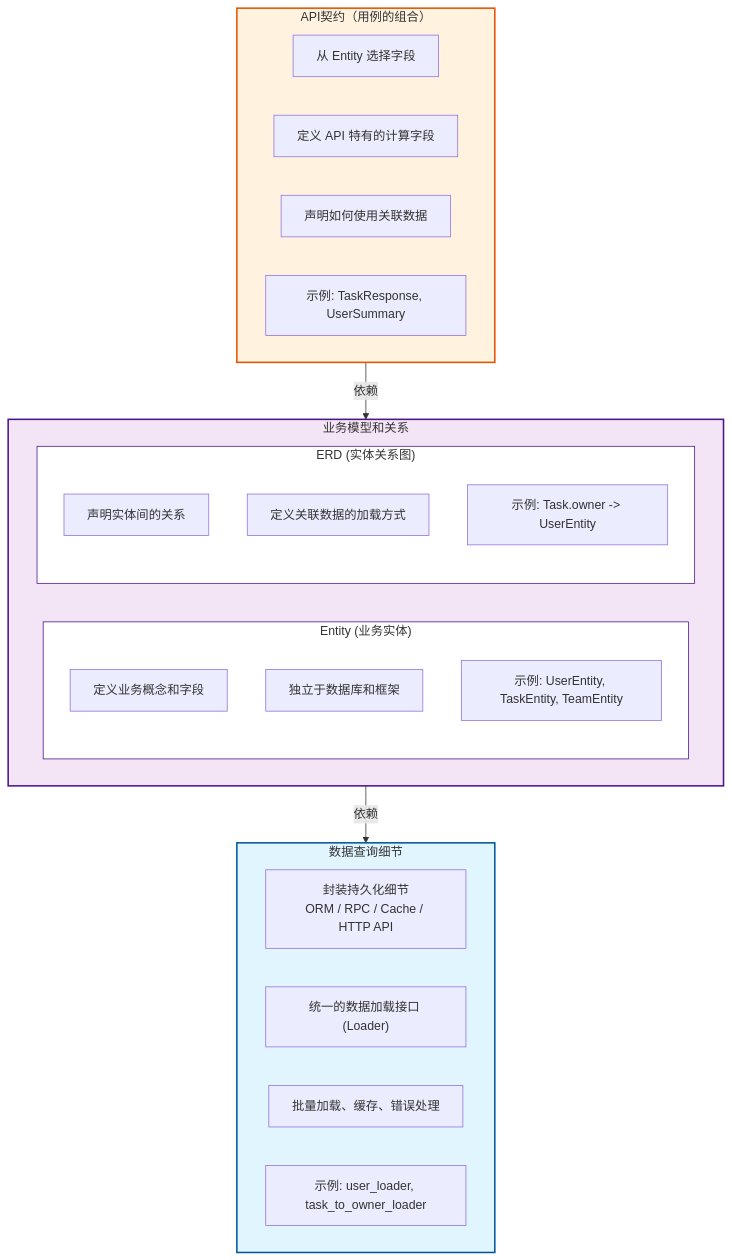
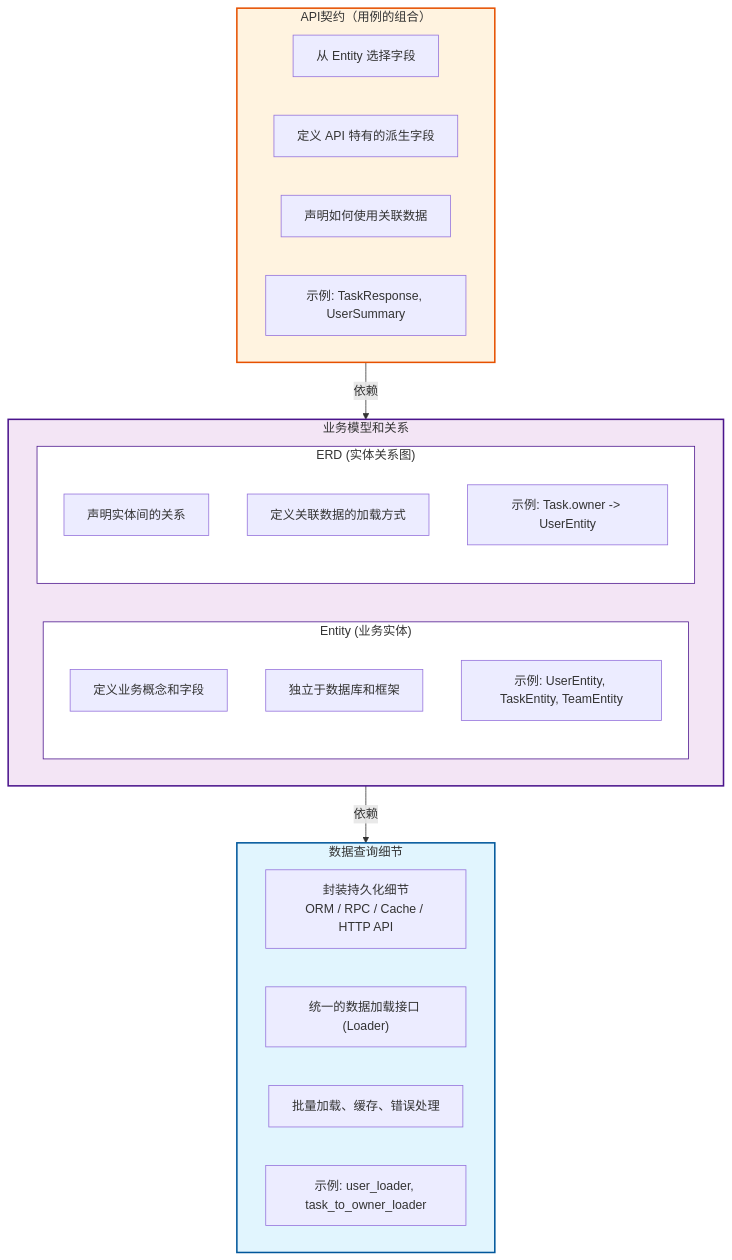
One commit to allmonday/pydantic-resolve changed the diagram in docs/architecture_entity_first.zh.md. Above: the diagram before and after it, drawn with Mermaid. The commit also changed other lines of this file and 5 other files, not shown here.

````diff
--- a/docs/architecture_entity_first.zh.md
+++ b/docs/architecture_entity_first.zh.md
@@ -190,39 +190,39 @@
 ```mermaid
 graph TD
     subgraph DATA["数据查询细节"]
         D1["封装持久化细节<br/>ORM / RPC / Cache / HTTP API"]
         D2["统一的数据加载接口 (Loader)"]
         D3["批量加载、缓存、错误处理"]
         D4["示例: user_loader, task_to_owner_loader"]
     end
 
     subgraph DOMAIN["业务模型和关系"]
         subgraph ENTITY["Entity (业务实体)"]
             E1["定义业务概念和字段"]
             E2["独立于数据库和框架"]
             E3["示例: UserEntity, TaskEntity, TeamEntity"]
         end
 
         subgraph ERD["ERD (实体关系图)"]
             R1["声明实体间的关系"]
             R2["定义关联数据的加载方式"]
             R3["示例: Task.owner -> UserEntity"]
         end
     end
 
     subgraph API["API契约（用例的组合）"]
         A1["从 Entity 选择字段"]
-        A2["定义 API 特有的计算字段"]
+        A2["定义 API 特有的派生字段"]
         A3["声明如何使用关联数据"]
         A4["示例: TaskResponse, UserSummary"]
     end
 
     API -->|依赖| DOMAIN
     DOMAIN -->|依赖| DATA
 
     style DATA fill:#e1f5fe,stroke:#01579b,stroke-width:2px
     style DOMAIN fill:#f3e5f5,stroke:#4a148c,stroke-width:2px
     style API fill:#fff3e0,stroke:#e65100,stroke-width:2px
     style ENTITY fill:#ffffff,stroke:#4a148c,stroke-width:1px
     style ERD fill:#ffffff,stroke:#4a148c,stroke-width:1px
 ```
````
